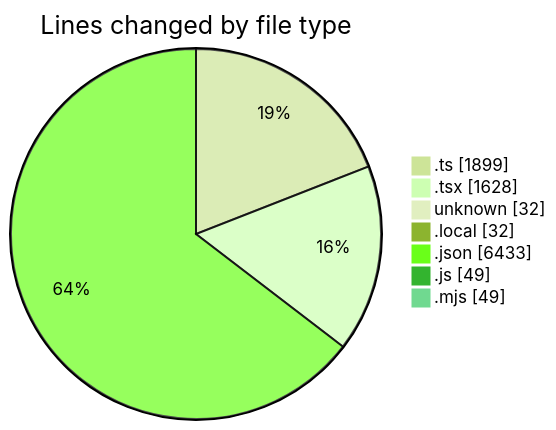
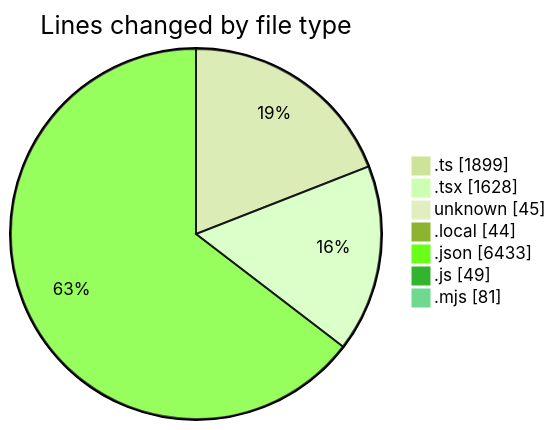
One commit to CELIANVF/code-tracking changed the first of 2 diagrams in 2025-05-16/ecodeli-1/README.md. Above: the diagram before and after it, drawn with Mermaid (forest theme). The commit also changed other lines of this file and 1 other file, not shown here.

````diff
--- a/2025-05-16/ecodeli-1/README.md
+++ b/2025-05-16/ecodeli-1/README.md
@@ -42,11 +42,11 @@
 ```mermaid
 pie showData
 title Lines changed by file type
 ".ts" : 1899
 ".tsx" : 1628
-"unknown" : 32
-".local" : 32
+"unknown" : 45
+".local" : 44
 ".json" : 6433
 ".js" : 49
-".mjs" : 49
+".mjs" : 81
 ```
````
